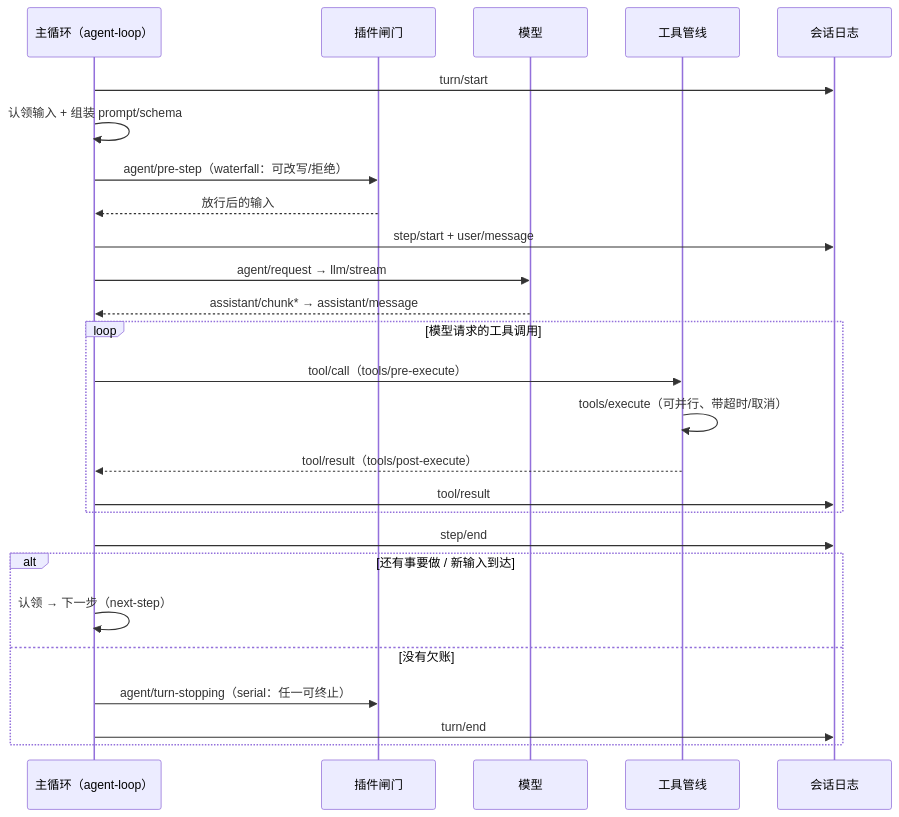
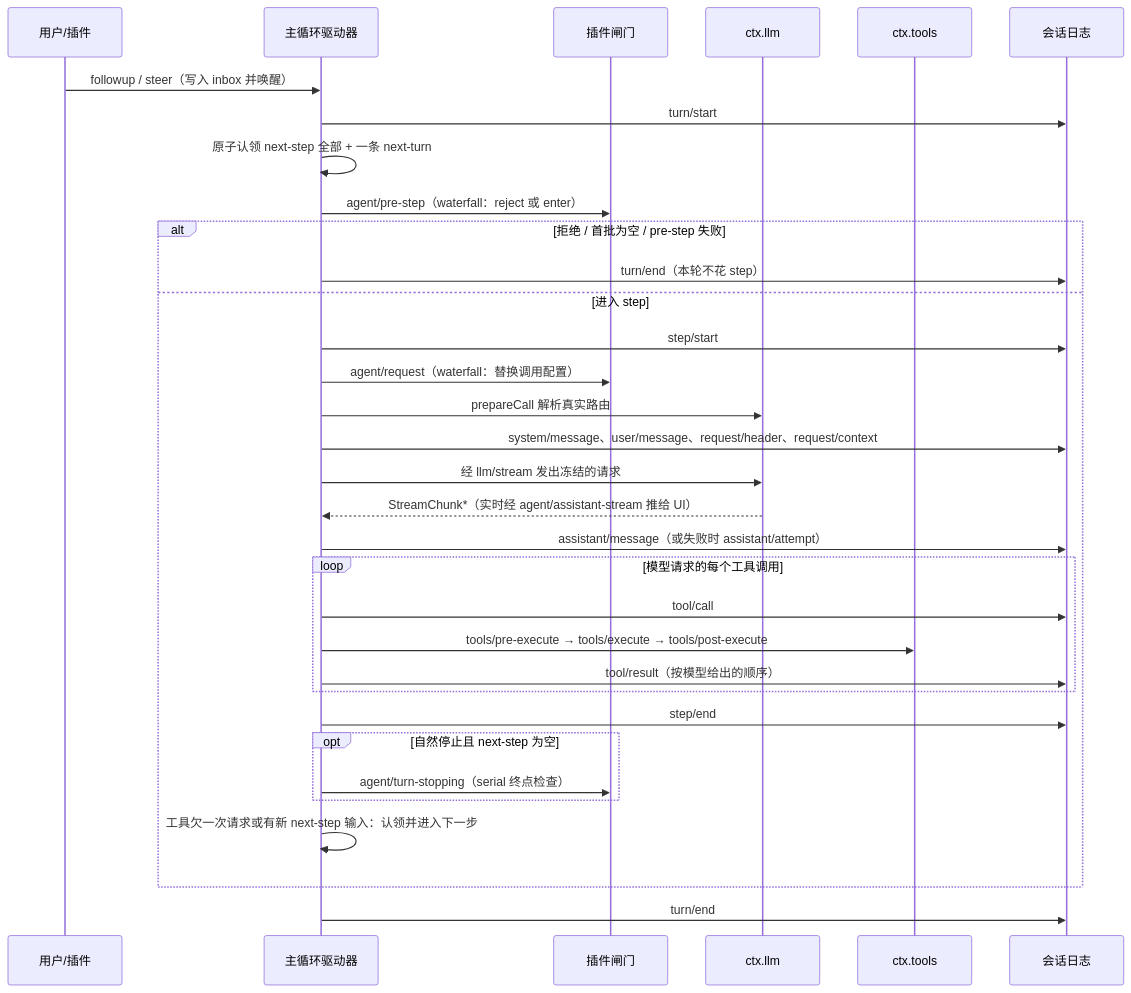
Before and after one commit to vinthuy/deepseek-harness-book: the diagram in 07-Turn与Step主循环.md, drawn with Mermaid. The commit also changed other lines of this file and 24 other files, not shown here.

````diff
--- a/07-Turn与Step主循环.md
+++ b/07-Turn与Step主循环.md
@@ -38,28 +41,35 @@
 ```mermaid
 sequenceDiagram
-    participant H as 主循环（agent-loop）
+    participant U as 用户/插件
+    participant D as 主循环驱动器
     participant P as 插件闸门
-    participant M as 模型
-    participant T as 工具管线
+    participant M as ctx.llm
+    participant T as ctx.tools
     participant S as 会话日志
-    H->>S: turn/start
-    H->>H: 认领输入 + 组装 prompt/schema
-    H->>P: agent/pre-step（waterfall：可改写/拒绝）
-    P-->>H: 放行后的输入
-    H->>S: step/start + user/message
-    H->>M: agent/request → llm/stream
-    M-->>H: assistant/chunk* → assistant/message
-    loop 模型请求的工具调用
-        H->>T: tool/call（tools/pre-execute）
-        T->>T: tools/execute（可并行、带超时/取消）
-        T-->>H: tool/result（tools/post-execute）
-        H->>S: tool/result
+    U->>D: followup / steer（写入 inbox 并唤醒）
+    D->>S: turn/start
+    D->>D: 原子认领 next-step 全部 + 一条 next-turn
+    D->>P: agent/pre-step（waterfall：reject 或 enter）
+    alt 拒绝 / 首批为空 / pre-step 失败
+        D->>S: turn/end（本轮不花 step）
+    else 进入 step
+        D->>S: step/start
+        D->>P: agent/request（waterfall：替换调用配置）
+        D->>M: prepareCall 解析真实路由
+        D->>S: system/message、user/message、request/header、request/context
+        D->>M: 经 llm/stream 发出冻结的请求
+        M-->>D: StreamChunk*（实时经 agent/assistant-stream 推给 UI）
+        D->>S: assistant/message（或失败时 assistant/attempt）
+        loop 模型请求的每个工具调用
+            D->>S: tool/call
+            D->>T: tools/pre-execute → tools/execute → tools/post-execute
+            D->>S: tool/result（按模型给出的顺序）
+        end
+        D->>S: step/end
+        opt 自然停止且 next-step 为空
+            D->>P: agent/turn-stopping（serial 终点检查）
+        end
+        D->>D: 工具欠一次请求或有新 next-step 输入：认领并进入下一步
     end
-    H->>S: step/end
-    alt 还有事要做 / 新输入到达
-        H->>H: 认领 → 下一步（next-step）
-    else 没有欠账
-        H->>P: agent/turn-stopping（serial：任一可终止）
-        H->>S: turn/end
-    end
+    D->>S: turn/end
 ```
````
